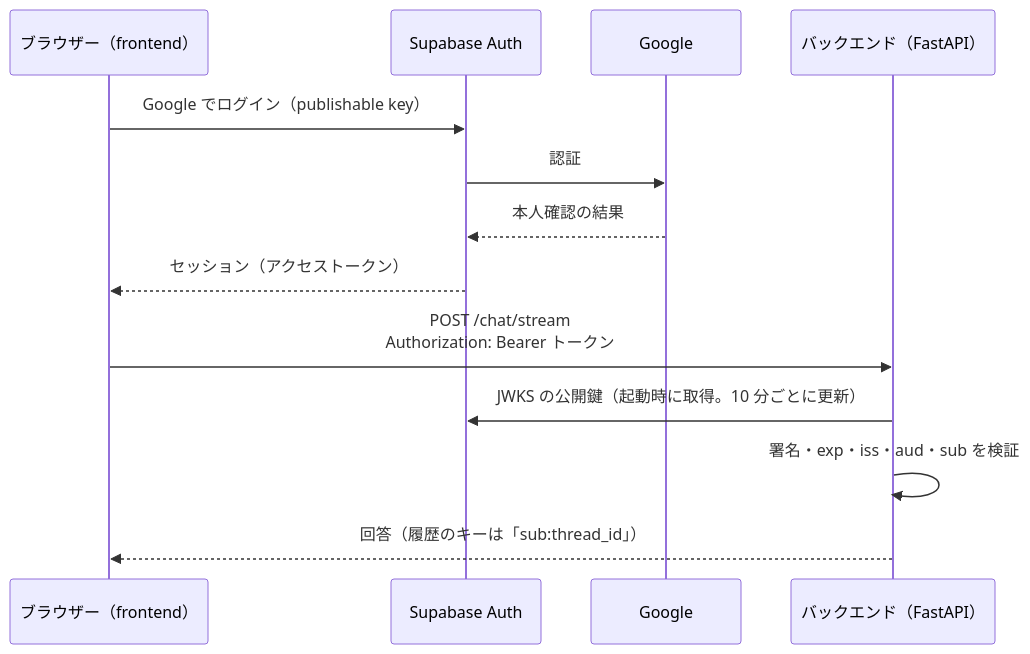
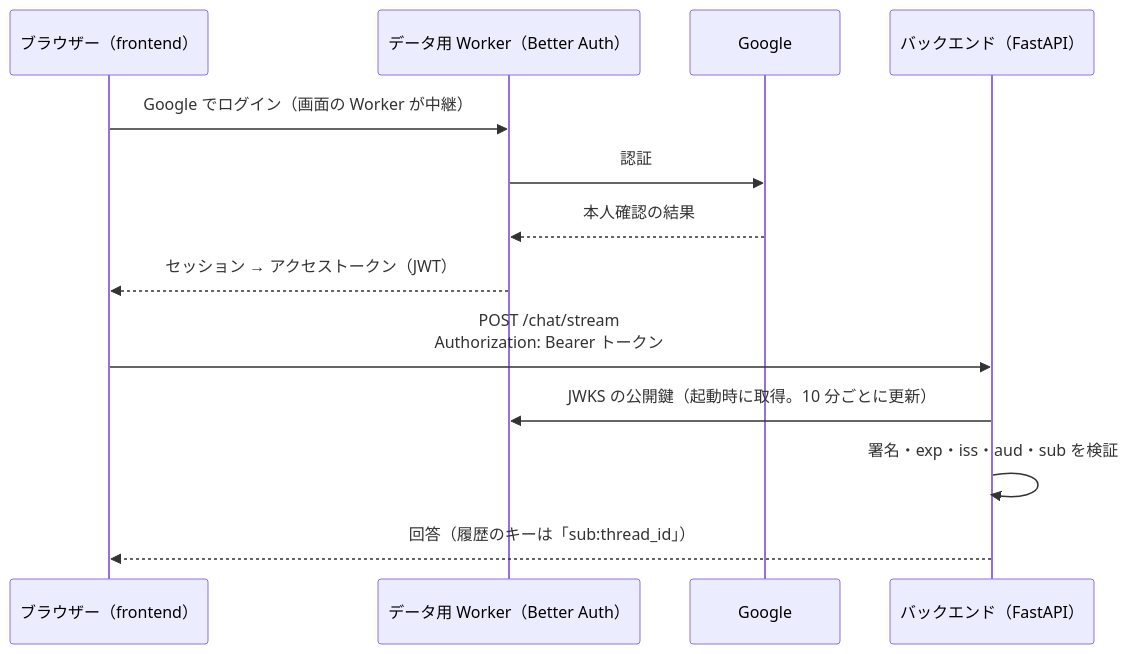
One commit to Starlight-Tree/DocuNavi changed the third of 3 diagrams in docs/architecture.md. Above: the diagram before and after it, drawn with Mermaid. The commit also changed other lines of this file and 150 other files, not shown here.

````diff
--- a/docs/architecture.md
+++ b/docs/architecture.md
@@ -142,16 +144,16 @@
 ```mermaid
 sequenceDiagram
     participant B as ブラウザー（frontend）
-    participant S as Supabase Auth
+    participant W as データ用 Worker（Better Auth）
     participant G as Google
     participant A as バックエンド（FastAPI）
 
-    B->>S: Google でログイン（publishable key）
-    S->>G: 認証
-    G-->>S: 本人確認の結果
-    S-->>B: セッション（アクセストークン）
+    B->>W: Google でログイン（画面の Worker が中継）
+    W->>G: 認証
+    G-->>W: 本人確認の結果
+    W-->>B: セッション → アクセストークン（JWT）
     B->>A: POST /chat/stream<br/>Authorization: Bearer トークン
-    A->>S: JWKS の公開鍵（起動時に取得。10 分ごとに更新）
+    A->>W: JWKS の公開鍵（起動時に取得。10 分ごとに更新）
     A->>A: 署名・exp・iss・aud・sub を検証
     A-->>B: 回答（履歴のキーは「sub:thread_id」）
 ```
````
